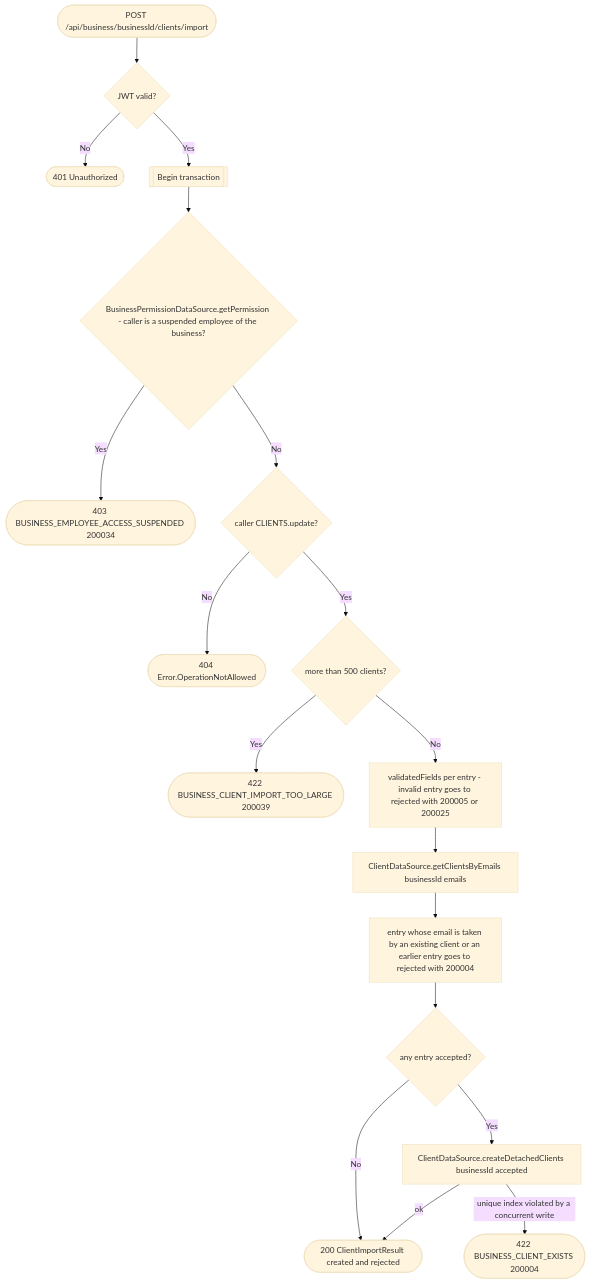
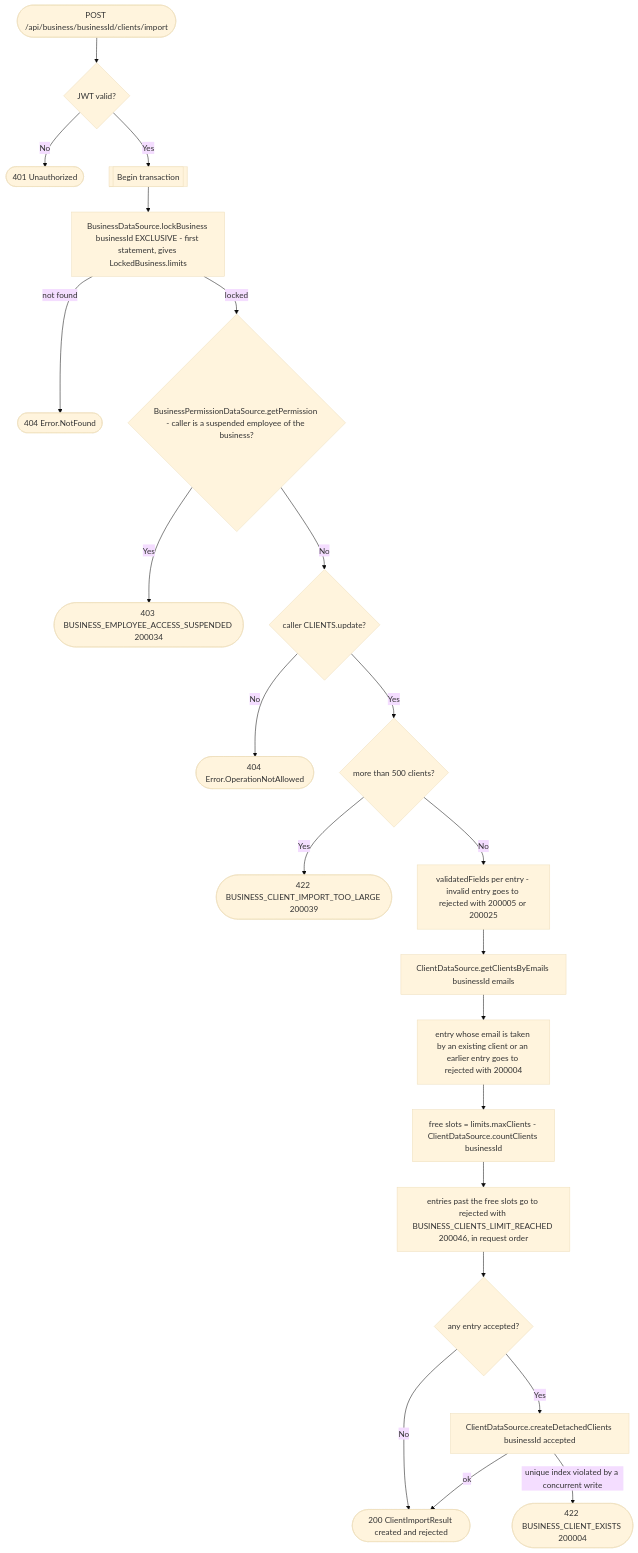
One commit to nocturneproperties/bookkme changed the diagram in docs/operations/business/import-clients.md. Above: the diagram before and after it, drawn with Mermaid (base theme). The commit also changed 9 other files, not shown here.

Commit message:
[ISSUE-175] limit check on clients creation

````diff
--- a/docs/operations/business/import-clients.md
+++ b/docs/operations/business/import-clients.md
@@ -26,20 +26,24 @@
 ```mermaid
 flowchart TD
     Start([POST /api/business/businessId/clients/import]) --> Auth{JWT valid?}
     Auth -- No --> R401([401 Unauthorized])
     Auth -- Yes --> Tx[[Begin transaction]]
-    Tx --> Suspended{BusinessPermissionDataSource.getPermission - caller is a suspended employee of the business?}
+    Tx --> Lock[BusinessDataSource.lockBusiness businessId EXCLUSIVE - first statement, gives LockedBusiness.limits]
+    Lock -- not found --> R404nf([404 Error.NotFound])
+    Lock -- locked --> Suspended{BusinessPermissionDataSource.getPermission - caller is a suspended employee of the business?}
     Suspended -- Yes --> R403s([403 BUSINESS_EMPLOYEE_ACCESS_SUSPENDED 200034])
     Suspended -- No --> Perm{caller CLIENTS.update?}
     Perm -- No --> R404a([404 Error.OperationNotAllowed])
     Perm -- Yes --> Size{more than 500 clients?}
     Size -- Yes --> R422s([422 BUSINESS_CLIENT_IMPORT_TOO_LARGE 200039])
     Size -- No --> Validate[validatedFields per entry - invalid entry goes to rejected with 200005 or 200025]
     Validate --> Lookup[ClientDataSource.getClientsByEmails businessId emails]
     Lookup --> Dedup[entry whose email is taken by an existing client or an earlier entry goes to rejected with 200004]
-    Dedup --> Any{any entry accepted?}
+    Dedup --> Slots[free slots = limits.maxClients - ClientDataSource.countClients businessId]
+    Slots --> OverLimit[entries past the free slots go to rejected with BUSINESS_CLIENTS_LIMIT_REACHED 200046, in request order]
+    OverLimit --> Any{any entry accepted?}
     Any -- No --> R200([200 ClientImportResult created and rejected])
     Any -- Yes --> Insert[ClientDataSource.createDetachedClients businessId accepted]
     Insert -- unique index violated by a concurrent write --> R422e([422 BUSINESS_CLIENT_EXISTS 200004])
     Insert -- ok --> R200
 ```
````
